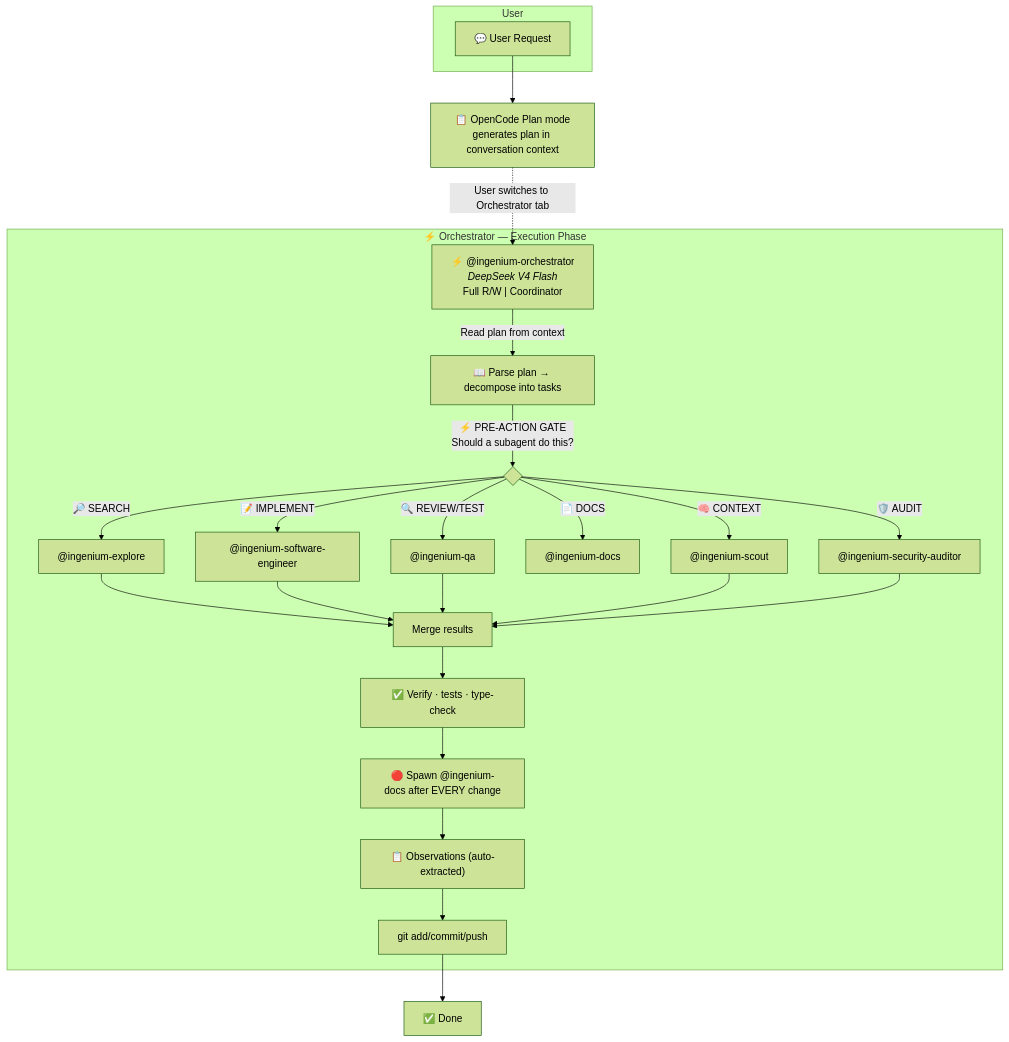
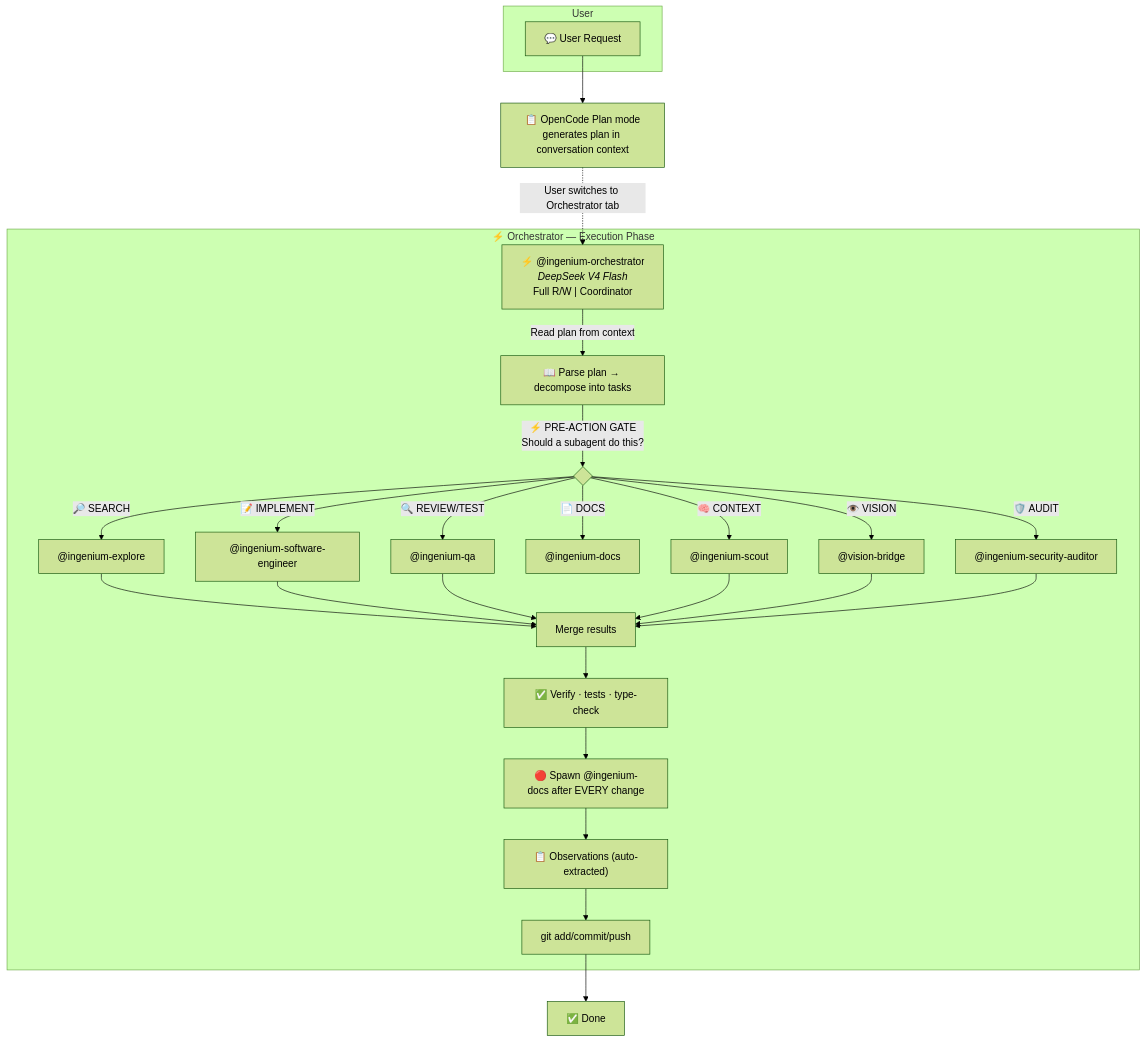
The first of 4 diagrams in docs/agents.md (jtmb/ingenium), drawn with Mermaid (forest theme) before and after one commit. The commit also changed other lines of this file and 84 other files, not shown here.

````diff
--- a/docs/agents.md
+++ b/docs/agents.md
@@ -7,34 +7,36 @@
 ```mermaid
 flowchart TB
     subgraph User
         REQ["💬 User Request"]
     end
 
     REQ --> PLAN["📋 OpenCode Plan mode<br/>generates plan in conversation context"]
 
     PLAN -.->|"User switches to Orchestrator tab"| O
 
     O["⚡ @ingenium-orchestrator<br/><i>DeepSeek V4 Flash</i><br/>Full R/W | Coordinator"]
 
     subgraph Orchestrator["⚡ Orchestrator — Execution Phase"]
         O -->|"Read plan from context"| READPLAN["📖 Parse plan → decompose into tasks"]
         READPLAN -->|"⚡ PRE-ACTION GATE<br/>Should a subagent do this?"| GATE{ }
         GATE -->|"🔎 SEARCH"| EXP["@ingenium-explore"]
         GATE -->|"📝 IMPLEMENT"| SE["@ingenium-software-engineer"]
         GATE -->|"🔍 REVIEW/TEST"| QA["@ingenium-qa"]
         GATE -->|"📄 DOCS"| DOCS["@ingenium-docs"]
         GATE -->|"🛡️ AUDIT"| AUDITOR["@ingenium-security-auditor"]
         GATE -->|"🧠 CONTEXT"| SCOUT["@ingenium-scout"]
+        GATE -->|"👁️ VISION"| VB["@vision-bridge"]
         EXP --> MERGE["Merge results"]
         SE --> MERGE
         QA --> MERGE
         SCOUT --> MERGE
+        VB --> MERGE
         AUDITOR --> MERGE
         MERGE --> VERIFY["✅ Verify · tests · type-check"]
         VERIFY --> DOC["🔴 Spawn @ingenium-docs after EVERY change"]
         DOC --> OBSERVE["📋 Observations (auto-extracted)"]
         OBSERVE --> COMMIT["git add/commit/push"]
     end
 
     COMMIT --> DONE["✅ Done"]
 ```
````
